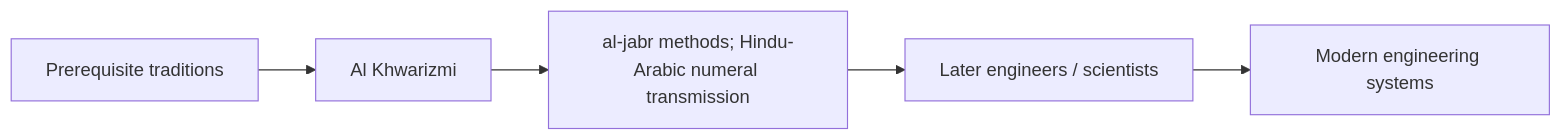
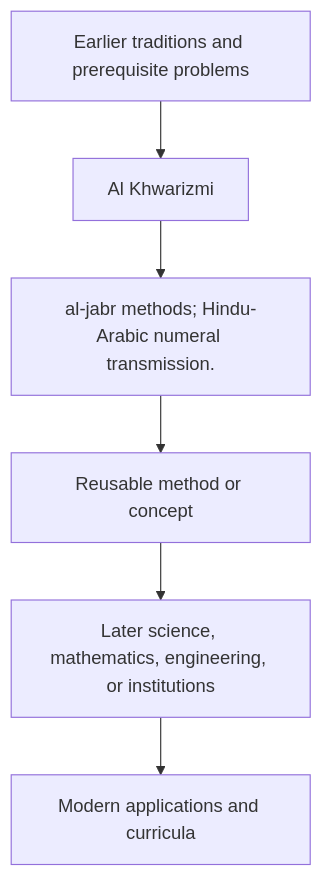
One commit to via-decide/ViaLogic changed the diagram in docs/history/al-khwarizmi/influence.md. Above: the diagram before and after it, drawn with Mermaid. The commit also changed other lines of this file and 858 other files, not shown here.

````diff
--- a/docs/history/al-khwarizmi/influence.md
+++ b/docs/history/al-khwarizmi/influence.md
@@ -29,7 +16,8 @@
 ```mermaid
-graph LR
-  prerequisites["Prerequisite traditions"] --> current["Al Khwarizmi"]
-  current --> contribution["al-jabr methods; Hindu-Arabic numeral transmission"]
-  contribution --> successors["Later engineers / scientists"]
-  successors --> modern["Modern engineering systems"]
+graph TD
+  Prior[Earlier traditions and prerequisite problems] --> Person[Al Khwarizmi]
+  Person --> Contribution[al-jabr methods; Hindu-Arabic numeral transmission.]
+  Contribution --> Method[Reusable method or concept]
+  Method --> Later[Later science, mathematics, engineering, or institutions]
+  Later --> Modern[Modern applications and curricula]
 ```
````
